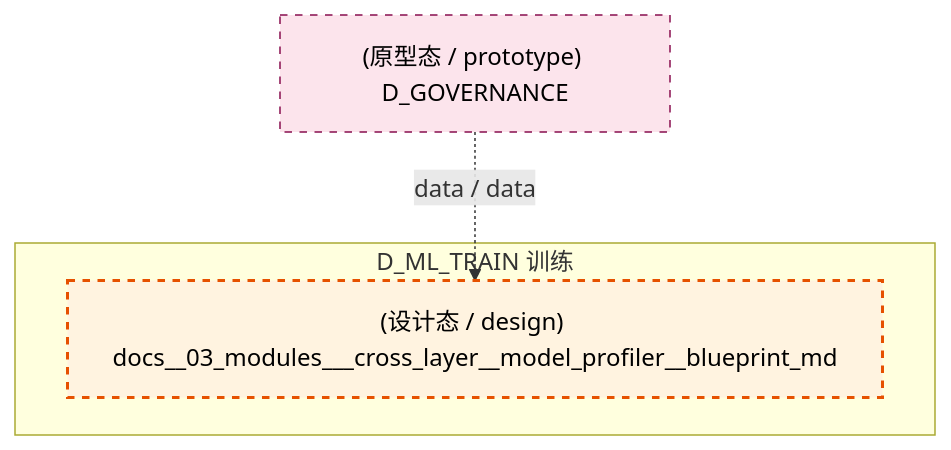
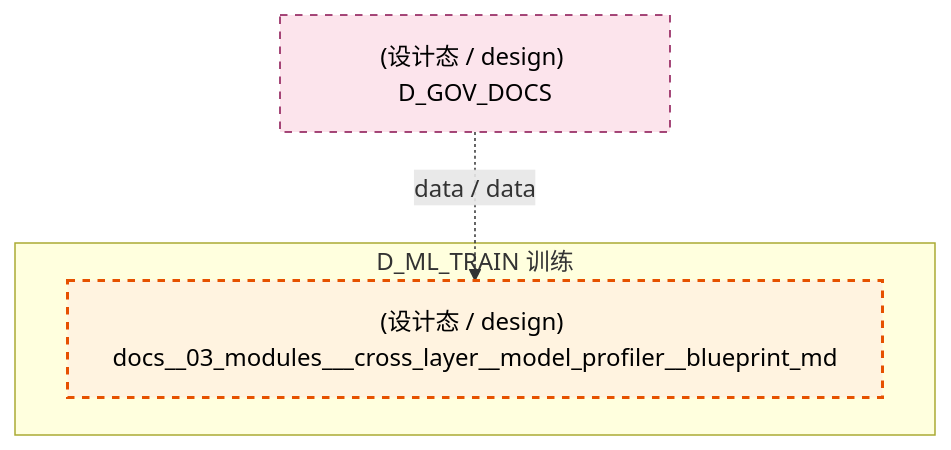
Before and after one commit to xuanFelixVan/ZephyrAlpha: the second of 4 diagrams in docs/02_enterprise_architecture/02_domain_architecture_docs/50_d_ml_train.md, drawn with Mermaid. The commit also changed other lines of this file and 126 other files, not shown here.

````diff
--- a/docs/02_enterprise_architecture/02_domain_architecture_docs/50_d_ml_train.md
+++ b/docs/02_enterprise_architecture/02_domain_architecture_docs/50_d_ml_train.md
@@ -123,14 +123,14 @@
 ```mermaid
 graph TD
     subgraph D_ML_TRAIN["D_ML_TRAIN 训练"]
         docs_03_modules_cross_layer_model_profiler_blueprint_md["(设计态 / design) docs__03_modules___cross_layer__model_profiler__blueprint_md"]
     end
-    D_GOVERNANCE["(原型态 / prototype) D_GOVERNANCE"]
-    D_GOVERNANCE -.->|data / data| docs_03_modules_cross_layer_model_profiler_blueprint_md
+    D_GOV_DOCS["(设计态 / design) D_GOV_DOCS"]
+    D_GOV_DOCS -.->|data / data| docs_03_modules_cross_layer_model_profiler_blueprint_md
     classDef production fill:#e1f5fe,stroke:#01579b,stroke-width:2px,color:#000
     classDef design fill:#fff3e0,stroke:#e65100,stroke-width:2px,color:#000,stroke-dasharray: 5 5
     classDef external_prod fill:#e8f5e9,stroke:#1b5e20,stroke-width:1px,color:#000
     classDef external_design fill:#fce4ec,stroke:#880e4f,stroke-width:1px,color:#000,stroke-dasharray: 5 5
     class docs_03_modules_cross_layer_model_profiler_blueprint_md design
-    class D_GOVERNANCE external_design
+    class D_GOV_DOCS external_design
 ```
````
